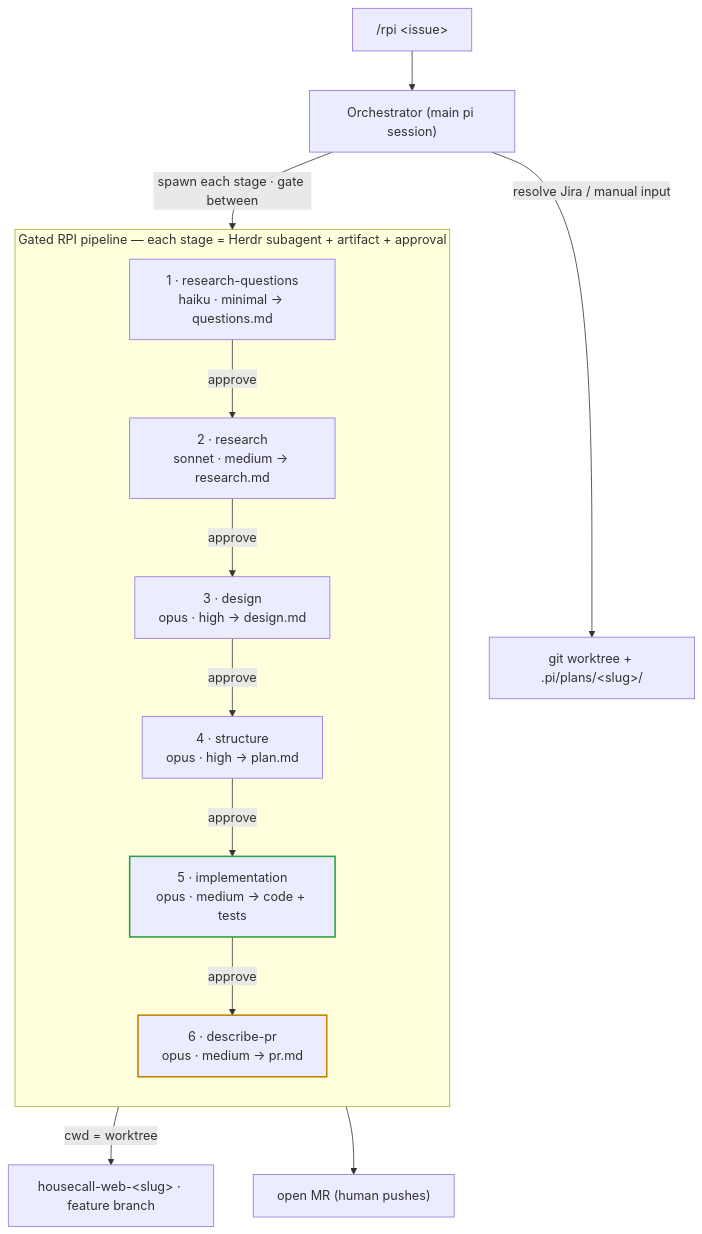
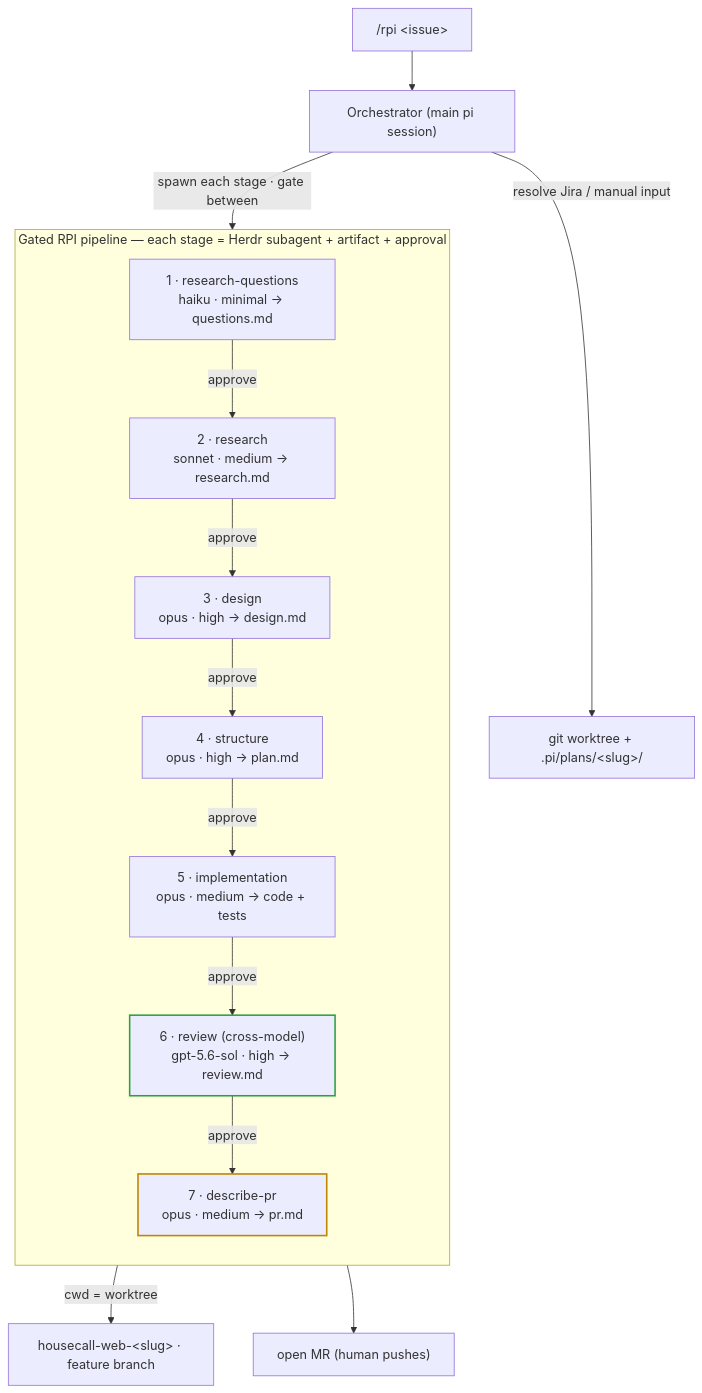
The diagram in README.md (przytrzask/pi-rpi-workflow), drawn with Mermaid before and after one commit. The commit also changed other lines of this file and 4 other files, not shown here.

First line of the commit message:
feat: add cross-model review stage (gpt-5.6-sol) as RPI stage 6

````diff
--- a/README.md
+++ b/README.md
@@ -9,23 +11,24 @@
 ```mermaid
 flowchart TB
     T["/rpi &lt;issue&gt;"] --> O["Orchestrator (main pi session)"]
     O -->|"resolve Jira / manual input"| SETUP["git worktree + .pi/plans/&lt;slug&gt;/"]
     O -->|"spawn each stage · gate between"| S1
 
     subgraph Pipeline["Gated RPI pipeline — each stage = Herdr subagent + artifact + approval"]
         direction TB
         S1["1 · research-questions<br/>haiku · minimal → questions.md"]
         S2["2 · research<br/>sonnet · medium → research.md"]
         S3["3 · design<br/>opus · high → design.md"]
         S4["4 · structure<br/>opus · high → plan.md"]
-        S5["5 · implementation<br/>opus · medium → code + tests"]:::added
-        S6["6 · describe-pr<br/>opus · medium → pr.md"]:::changed
-        S1 -->|"approve"| S2 -->|"approve"| S3 -->|"approve"| S4 -->|"approve"| S5 -->|"approve"| S6
+        S5["5 · implementation<br/>opus · medium → code + tests"]
+        S6["6 · review (cross-model)<br/>gpt-5.6-sol · high → review.md"]:::added
+        S7["7 · describe-pr<br/>opus · medium → pr.md"]:::changed
+        S1 -->|"approve"| S2 -->|"approve"| S3 -->|"approve"| S4 -->|"approve"| S5 -->|"approve"| S6 -->|"approve"| S7
     end
 
     S5 -->|"cwd = worktree"| WT["housecall-web-&lt;slug&gt; · feature branch"]
-    S6 --> MR["open MR (human pushes)"]
+    S7 --> MR["open MR (human pushes)"]
 
     classDef added stroke:#2ea043,stroke-width:2px
     classDef changed stroke:#bf8700,stroke-width:2px
 ```
````
